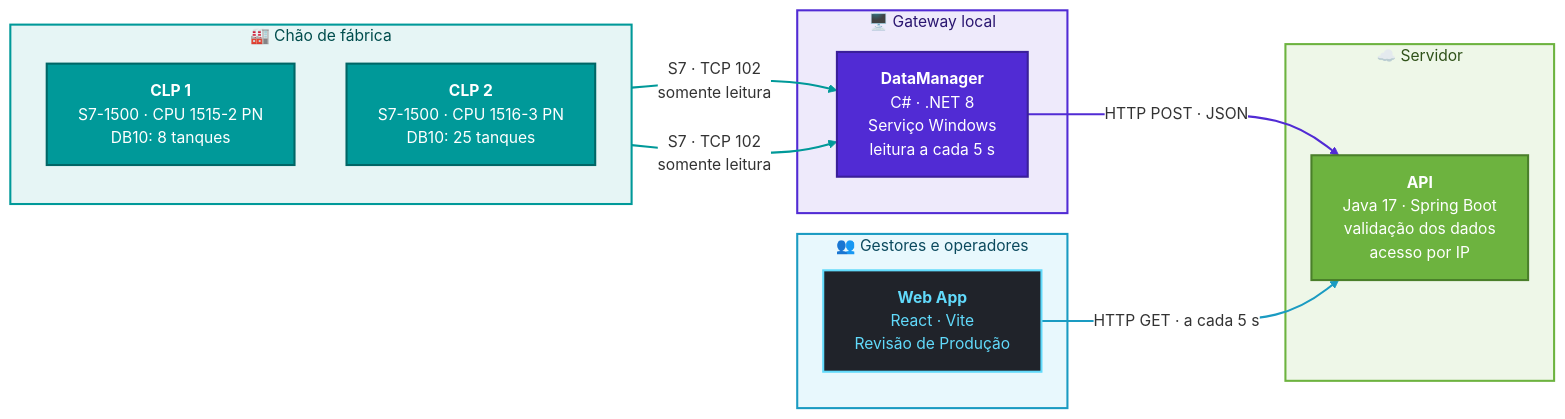
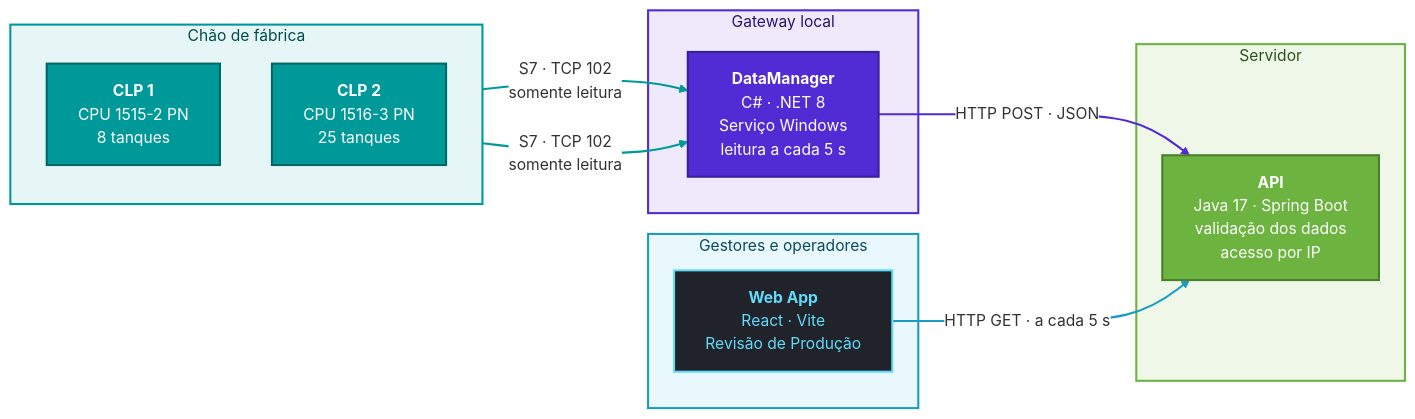
Before and after one commit to Virtuosinh0/Comunicacao-CLP-Nuvem: the diagram in README.md, drawn with Mermaid. The commit also changed other lines of this file and 6 other files, not shown here.

````diff
--- a/README.md
+++ b/README.md
@@ -79,45 +79,45 @@
 ```mermaid
 %%{init: {"theme": "base", "themeVariables": {"fontFamily": "Segoe UI, Helvetica, Arial, sans-serif", "fontSize": "15px", "lineColor": "#555555", "edgeLabelBackground": "#FFFFFF"}}}%%
 flowchart LR
-    subgraph FAB["🏭 Chão de fábrica"]
+    subgraph FAB["Chão de fábrica"]
         direction TB
-        CLP1["<b>CLP 1</b><br/>S7-1500 · CPU 1515-2 PN<br/>DB10: 8 tanques"]
-        CLP2["<b>CLP 2</b><br/>S7-1500 · CPU 1516-3 PN<br/>DB10: 25 tanques"]
+        CLP1["<b>CLP 1</b><br/>CPU 1515-2 PN<br/> 8 tanques"]
+        CLP2["<b>CLP 2</b><br/>CPU 1516-3 PN<br/> 25 tanques"]
     end
 
-    subgraph GW["🖥️ Gateway local"]
+    subgraph GW["Gateway local"]
         DM["<b>DataManager</b><br/>C# · .NET 8<br/>Serviço Windows<br/>leitura a cada 5 s"]
     end
 
-    subgraph SRV["☁️ Servidor"]
+    subgraph SRV["Servidor"]
         API["<b>API</b><br/>Java 17 · Spring Boot<br/>validação dos dados<br/>acesso por IP"]
     end
 
-    subgraph USR["👥 Gestores e operadores"]
+    subgraph USR["Gestores e operadores"]
         WEB["<b>Web App</b><br/>React · Vite<br/>Revisão de Produção"]
     end
 
     CLP1 -- "S7 · TCP 102<br/>somente leitura" --> DM
     CLP2 -- "S7 · TCP 102<br/>somente leitura" --> DM
     DM -- "HTTP POST · JSON" --> API
     WEB -- "HTTP GET · a cada 5 s" --> API
 
     classDef clp fill:#009999,stroke:#006666,stroke-width:2px,color:#FFFFFF
     classDef dotnet fill:#512BD4,stroke:#3A1F99,stroke-width:2px,color:#FFFFFF
     classDef spring fill:#6DB33F,stroke:#4A7F2A,stroke-width:2px,color:#FFFFFF
     classDef react fill:#20232A,stroke:#61DAFB,stroke-width:2px,color:#61DAFB
 
     class CLP1,CLP2 clp
     class DM dotnet
     class API spring
     class WEB react
 
     style FAB fill:#E6F5F5,stroke:#009999,stroke-width:2px,color:#004D4D
     style GW fill:#EEEAFB,stroke:#512BD4,stroke-width:2px,color:#2A1670
     style SRV fill:#EEF7E8,stroke:#6DB33F,stroke-width:2px,color:#2F5219
     style USR fill:#E8F8FD,stroke:#1A9BC2,stroke-width:2px,color:#0B4A5E
 
     linkStyle 0,1 stroke:#009999,stroke-width:2px
     linkStyle 2 stroke:#512BD4,stroke-width:2px
     linkStyle 3 stroke:#1A9BC2,stroke-width:2px
 ```
````
